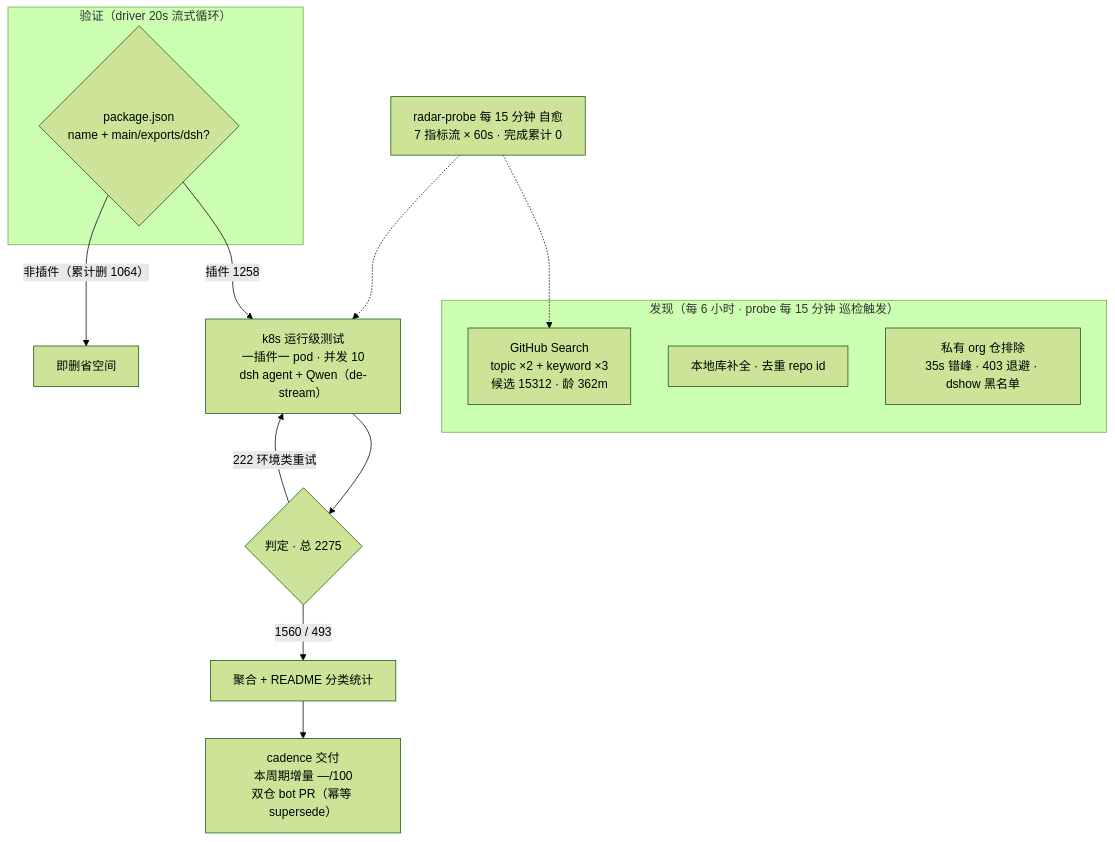
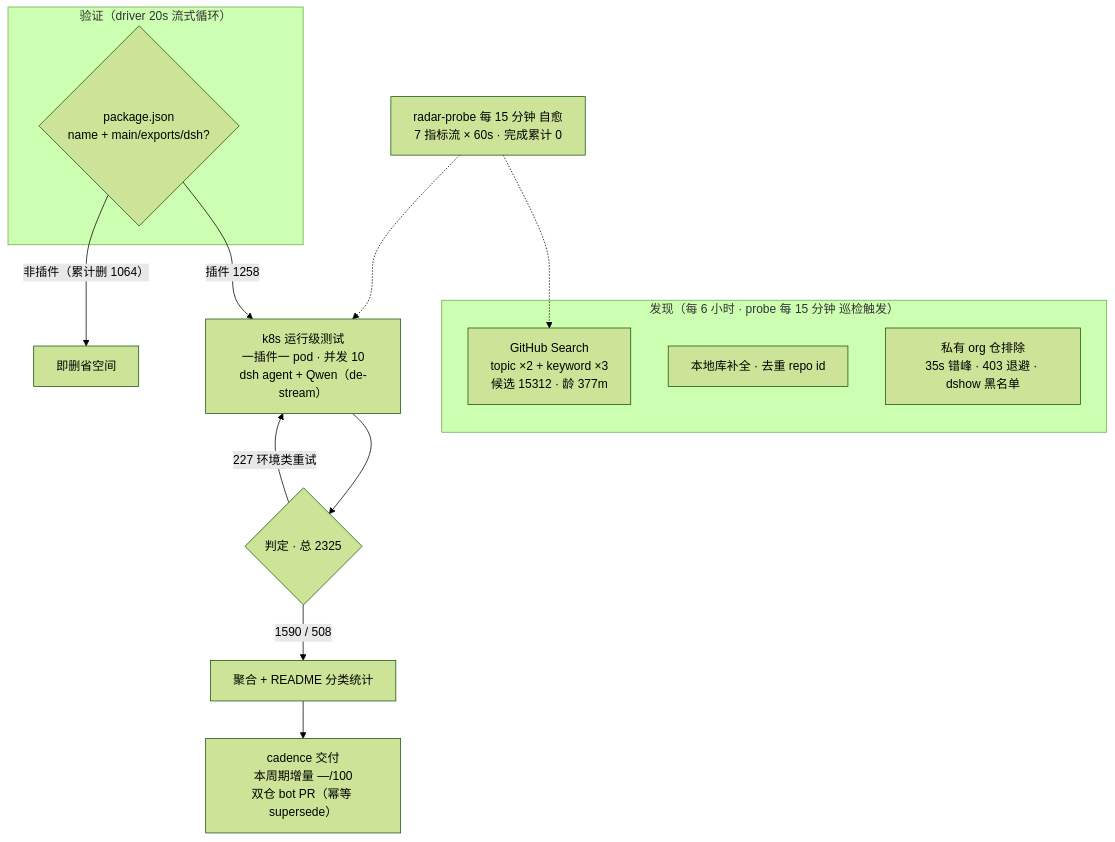
The diagram in README.md (Zhidao-Lab-OSS/awesome-dsh-plugins), drawn with Mermaid (forest theme) before and after one commit. The commit also changed other lines of this file and 1 other file, not shown here.

````diff
--- a/README.md
+++ b/README.md
@@ -37,20 +37,20 @@
 ```mermaid
 flowchart TB
     subgraph Discovery["发现（每 6 小时 · probe 每 15 分钟 巡检触发）"]
-        A1["GitHub Search<br/>topic ×2 + keyword ×3<br/>候选 15312 · 龄 362m"]
+        A1["GitHub Search<br/>topic ×2 + keyword ×3<br/>候选 15312 · 龄 377m"]
         A2["本地库补全 · 去重 repo id"]
         A3["私有 org 仓排除<br/>35s 错峰 · 403 退避 · dshow 黑名单"]
     end
     subgraph Validation["验证（driver 20s 流式循环）"]
         B1{"package.json<br/>name + main/exports/dsh?"}
     end
     B1 -->|"插件 1258"| C1["k8s 运行级测试<br/>一插件一 pod · 并发 10<br/>dsh agent + Qwen（de-stream）"]
     B1 -->|"非插件（累计删 1064）"| B3["即删省空间"]
-    C1 --> D1{"判定 · 总 2275"}
-    D1 -->|"1560 / 493"| E1["聚合 + README 分类统计"]
-    D1 -->|"222 环境类重试"| C1
+    C1 --> D1{"判定 · 总 2325"}
+    D1 -->|"1590 / 508"| E1["聚合 + README 分类统计"]
+    D1 -->|"227 环境类重试"| C1
     E1 --> E2["cadence 交付<br/>本周期增量 —/100<br/>双仓 bot PR（幂等 supersede）"]
     M["radar-probe 每 15 分钟 自愈<br/>7 指标流 × 60s · 完成累计 0"]
     M -.-> A1
     M -.-> C1
 ```
````
